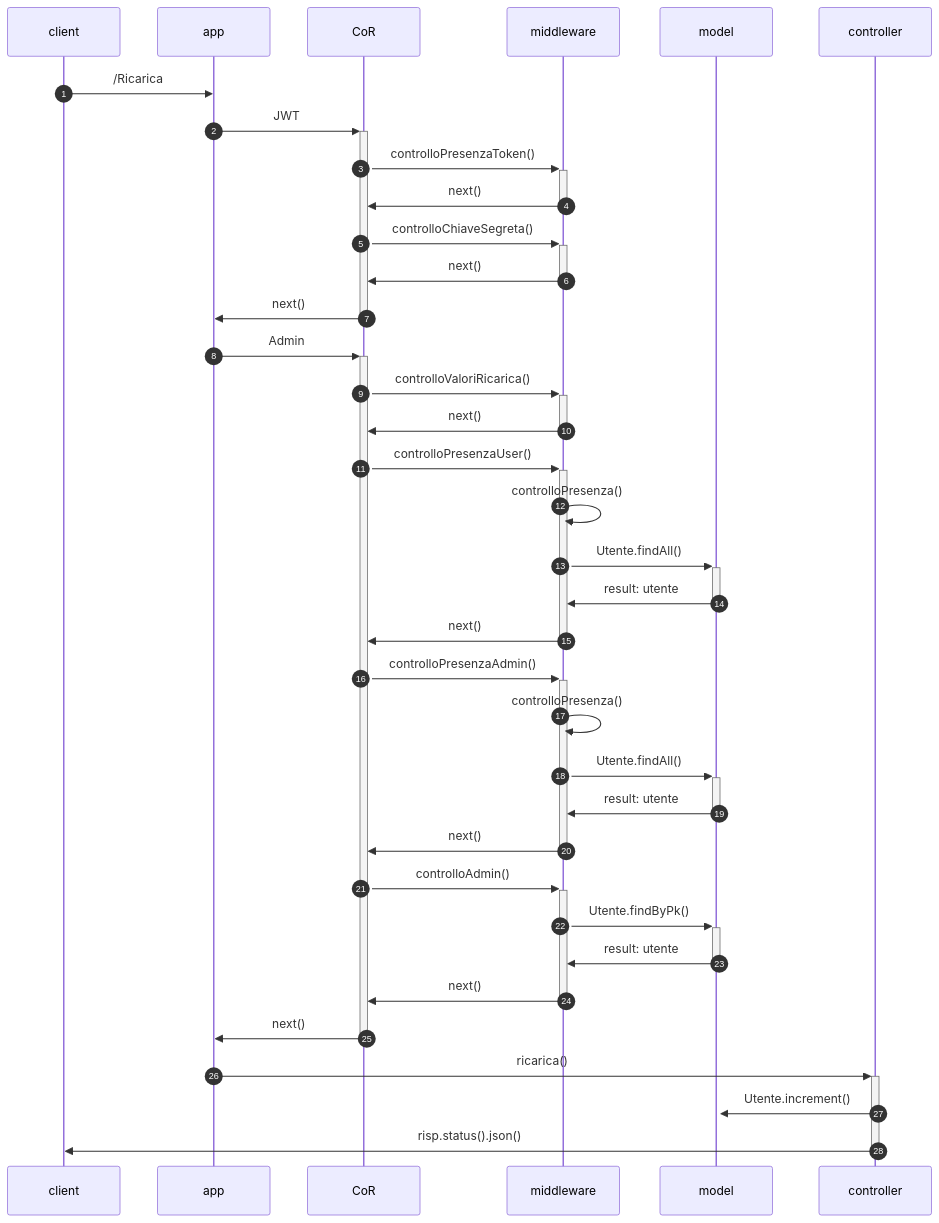
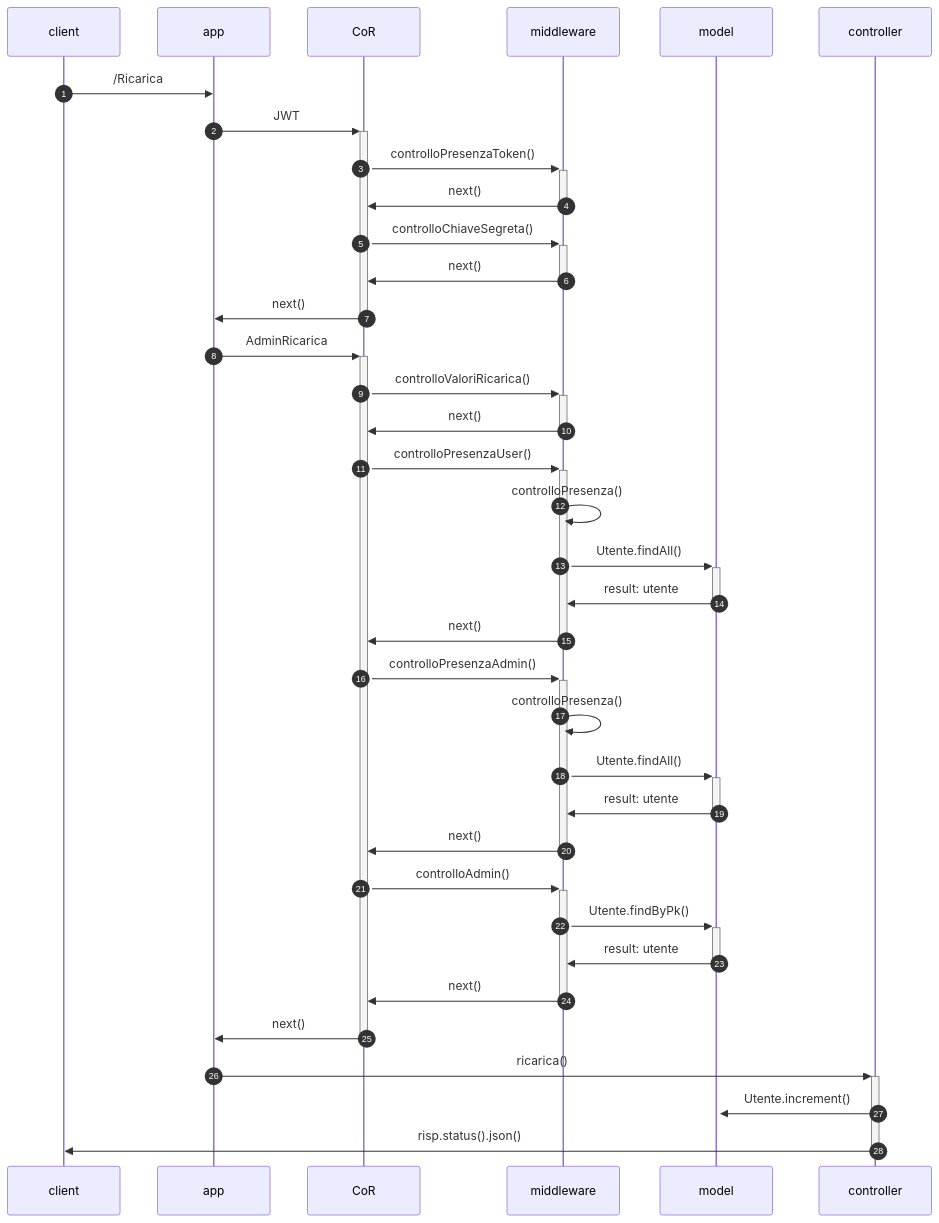
The fifth of 6 diagrams in README.md (MargheritaGaleazzi/AcquistoBeniStorici-Progetto-PA), drawn with Mermaid before and after one commit. The commit also changed other lines of this file, not shown here.

````diff
--- a/README.md
+++ b/README.md
@@ -268,32 +268,32 @@
 ```mermaid
 sequenceDiagram
 autonumber
 client ->> app: /Ricarica
 app ->>+ CoR: JWT
 CoR ->>+ middleware: controlloPresenzaToken()
 middleware ->>- CoR:  next()
 CoR ->>+ middleware: controlloChiaveSegreta()
 middleware ->>- CoR:  next()
 CoR ->>- app : next()
-app ->>+ CoR: Admin
+app ->>+ CoR: AdminRicarica
 CoR ->>+ middleware: controlloValoriRicarica()
 middleware ->>- CoR:  next()
 CoR ->>+ middleware: controlloPresenzaUser()
 middleware ->> middleware: controlloPresenza()
 middleware ->>+ model: Utente.findAll()
 model ->>- middleware: result: utente
 middleware ->>- CoR:  next()
 CoR ->>+ middleware: controlloPresenzaAdmin()
 middleware ->> middleware: controlloPresenza()
 middleware ->>+ model: Utente.findAll()
 model ->>- middleware: result: utente
 middleware ->>- CoR:  next()
 CoR ->>+ middleware: controlloAdmin()
 middleware ->>+ model: Utente.findByPk()
 model ->>- middleware: result: utente
 middleware ->>- CoR:  next()
 CoR ->>- app : next()
 app ->>+ controller: ricarica()
 controller ->>+ model : Utente.increment()
 controller ->>- client:  risp.status().json()
 ```
````
